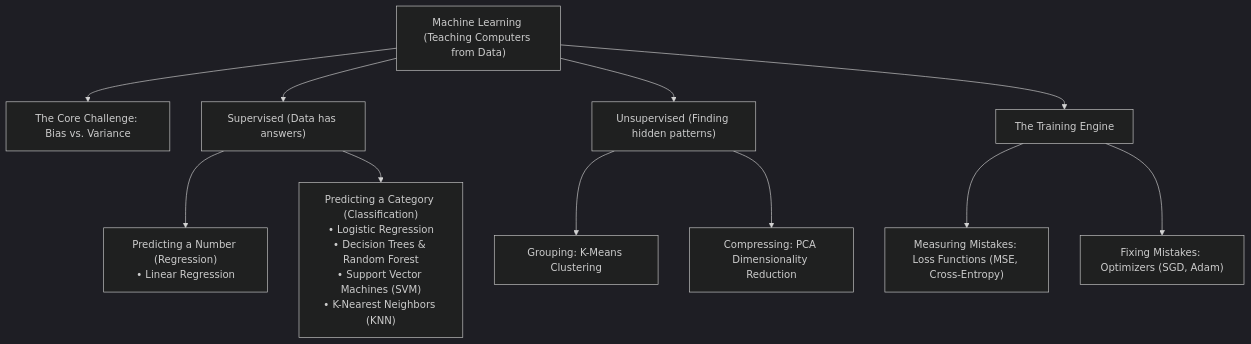
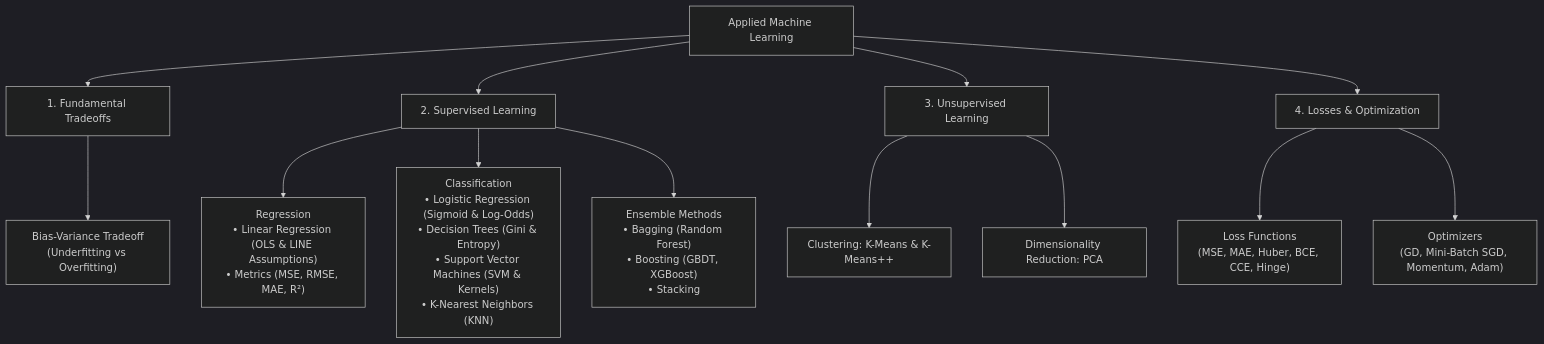
The diagram in ML_CORE_CONCEPTS.md (rahulkumarjha26/genai-study-materials), drawn with Mermaid (dark theme) before and after one commit. The commit also changed other lines of this file, not shown here.

Commit message:
Refactor ML_CORE_CONCEPTS.md: replace metaphors with direct, professional definitions ready for interview recital

````diff
--- a/ML_CORE_CONCEPTS.md
+++ b/ML_CORE_CONCEPTS.md
@@ -25,16 +26,19 @@
 ```mermaid
 flowchart TD
-    ML["Machine Learning (Teaching Computers from Data)"] --> Tradeoff["The Core Challenge: Bias vs. Variance"]
-    
-    ML --> Supervised["Supervised (Data has answers)"]
-    Supervised --> Reg["Predicting a Number (Regression)<br/>• Linear Regression"]
-    Supervised --> Class["Predicting a Category (Classification)<br/>• Logistic Regression<br/>• Decision Trees & Random Forest<br/>• Support Vector Machines (SVM)<br/>• K-Nearest Neighbors (KNN)"]
+    ML["Applied Machine Learning"] --> Core["1. Fundamental Tradeoffs"]
+    ML --> Supervised["2. Supervised Learning"]
+    ML --> Unsupervised["3. Unsupervised Learning"]
+    ML --> Optimization["4. Losses & Optimization"]
 
-    ML --> Unsupervised["Unsupervised (Finding hidden patterns)"]
-    Unsupervised --> Group["Grouping: K-Means Clustering"]
-    Unsupervised --> Compress["Compressing: PCA Dimensionality Reduction"]
+    Core --> BV["Bias-Variance Tradeoff<br/>(Underfitting vs Overfitting)"]
 
-    ML --> Engine["The Training Engine"]
-    Engine --> Loss["Measuring Mistakes: Loss Functions (MSE, Cross-Entropy)"]
-    Engine --> Optimizer["Fixing Mistakes: Optimizers (SGD, Adam)"]
+    Supervised --> Reg["Regression<br/>• Linear Regression (OLS & LINE Assumptions)<br/>• Metrics (MSE, RMSE, MAE, R²)"]
+    Supervised --> Class["Classification<br/>• Logistic Regression (Sigmoid & Log-Odds)<br/>• Decision Trees (Gini & Entropy)<br/>• Support Vector Machines (SVM & Kernels)<br/>• K-Nearest Neighbors (KNN)"]
+    Supervised --> Ensemble["Ensemble Methods<br/>• Bagging (Random Forest)<br/>• Boosting (GBDT, XGBoost)<br/>• Stacking"]
+
+    Unsupervised --> Cluster["Clustering: K-Means & K-Means++"]
+    Unsupervised --> DimRed["Dimensionality Reduction: PCA"]
+
+    Optimization --> Loss["Loss Functions<br/>(MSE, MAE, Huber, BCE, CCE, Hinge)"]
+    Optimization --> Opt["Optimizers<br/>(GD, Mini-Batch SGD, Momentum, Adam)"]
 ```
````
